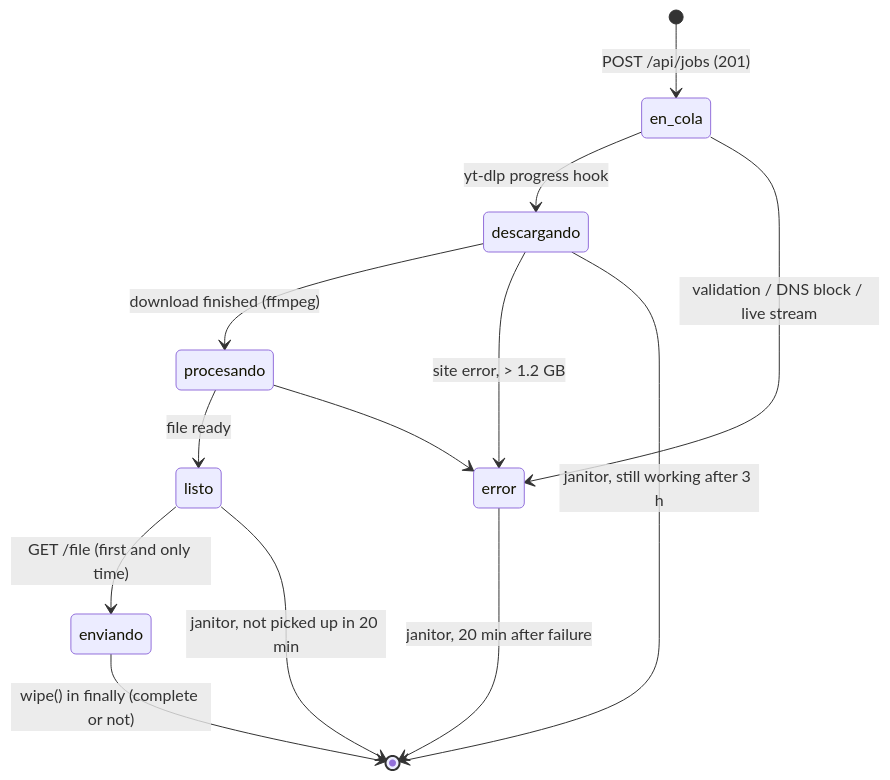
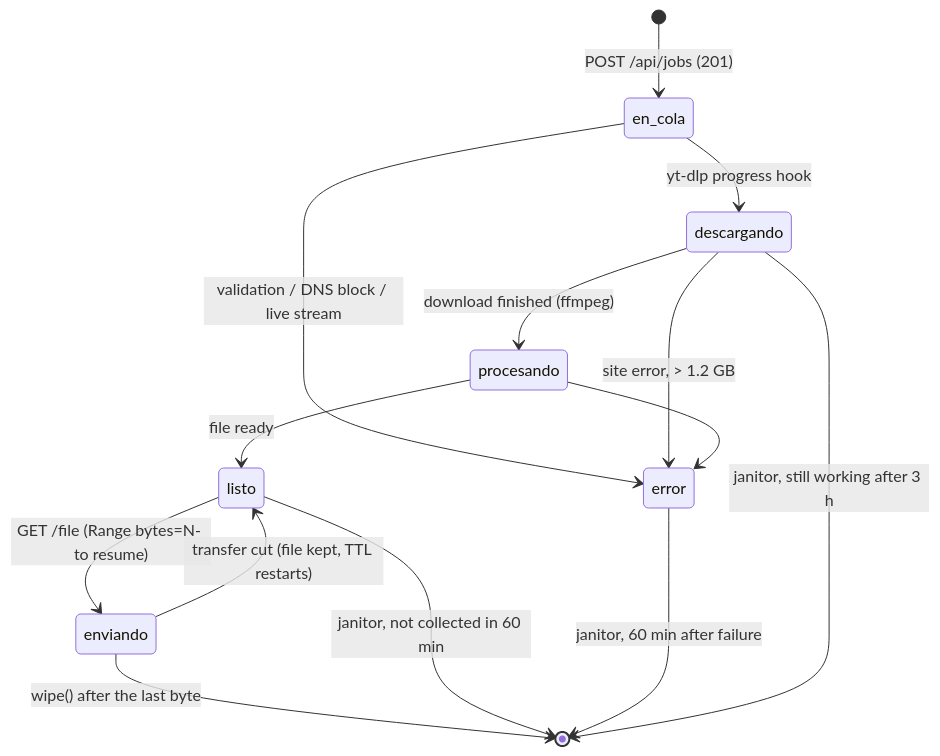
The tenth of 13 diagrams in docs/architecture.md (azweig/offline-entertainment), drawn with Mermaid before and after one commit. The commit also changed other lines of this file and 15 other files, not shown here.

````diff
--- a/docs/architecture.md
+++ b/docs/architecture.md
@@ -417,15 +423,16 @@
 ```mermaid
 stateDiagram-v2
     [*] --> en_cola: POST /api/jobs (201)
     en_cola --> descargando: yt-dlp progress hook
     descargando --> procesando: download finished (ffmpeg)
     en_cola --> error: validation / DNS block / live stream
     descargando --> error: site error, > 1.2 GB
     procesando --> listo: file ready
     procesando --> error
-    listo --> enviando: GET /file (first and only time)
-    enviando --> [*]: wipe() in finally (complete or not)
-    listo --> [*]: janitor, not picked up in 20 min
-    error --> [*]: janitor, 20 min after failure
+    listo --> enviando: GET /file (Range bytes=N- to resume)
+    enviando --> [*]: wipe() after the last byte
+    enviando --> listo: transfer cut (file kept, TTL restarts)
+    listo --> [*]: janitor, not collected in 60 min
+    error --> [*]: janitor, 60 min after failure
     descargando --> [*]: janitor, still working after 3 h
 ```
````
